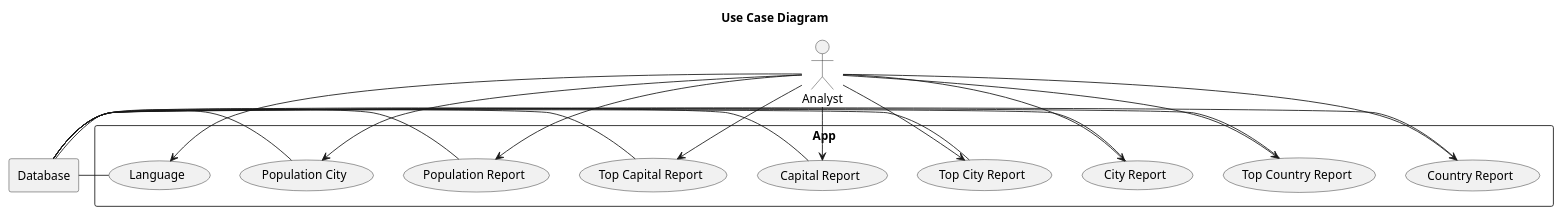
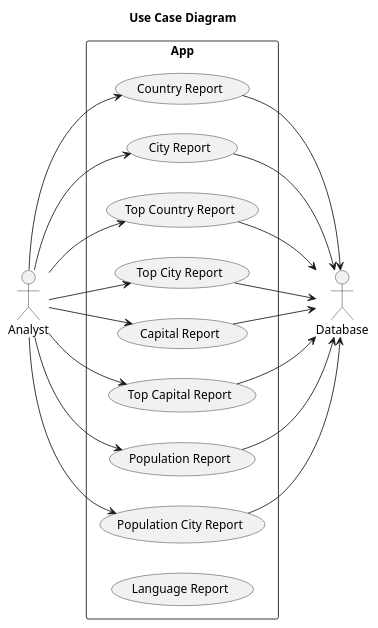
The diagram in Diagram.puml (EshalImran27/SeMethods2), drawn with PlantUML before and after one commit.

Commit message:
Changed layout of the use case diagram

```diff
--- a/Diagram.puml
+++ b/Diagram.puml
@@ -1,45 +1,46 @@
 @startuml
+' Keep default left-to-right direction so Database is on the side
+left to right direction
 title Use Case Diagram
 
 ' --- Actors ---
 actor "Analyst" as Analyst
 
 ' --- Systems ---
 
 rectangle "App" {
-    (Country Report) as UC1
-    (Top Country Report) as UC2
-    (City Report) as UC3
-    (Top City Report) as UC4
-    (Capital Report) as UC5
-    (Top Capital Report) as UC6
-    (Population Report) as UC7
-    (Population City) as UC8
-    (Language) as UC9
+    usecase UC1 as "Country Report"
+    usecase UC2 as "City Report"
+    usecase UC3 as "Top Country Report"
+    usecase UC4 as "Top City Report"
+    usecase UC5 as "Capital Report"
+    usecase UC6 as "Top Capital Report"
+    usecase UC7 as "Population Report"
+    usecase UC8 as "Population City Report"
+    usecase UC9 as "Language Report"
 }
-rectangle Database as DB
-
-' --- Relationships ---
-' --- Actor Relationships ---
 Analyst --> UC1
 Analyst --> UC2
 Analyst --> UC3
 Analyst --> UC4
 Analyst --> UC5
 Analyst --> UC6
 Analyst --> UC7
 Analyst --> UC8
-Analyst --> UC9
+
+
+' --- Relationships ---
+' --- Actor Relationships ---
+
 
 ' --- Second System Relationships ---
-DB - UC1
-DB - UC2
-DB - UC3
-DB - UC4
-DB - UC5
-DB - UC6
-DB - UC7
-DB - UC8
-DB - UC9
+UC1 --> Database
+UC2 --> Database
+UC3 --> Database
+UC4 --> Database
+UC5 --> Database
+UC6 --> Database
+UC7 --> Database
+UC8 --> Database
 
 @enduml
```
